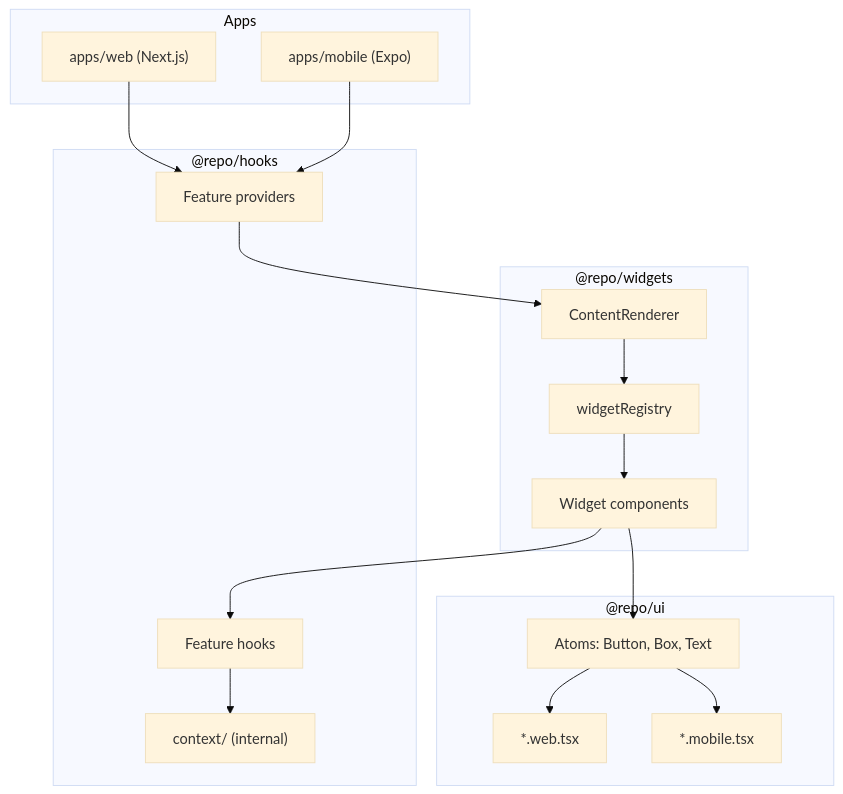
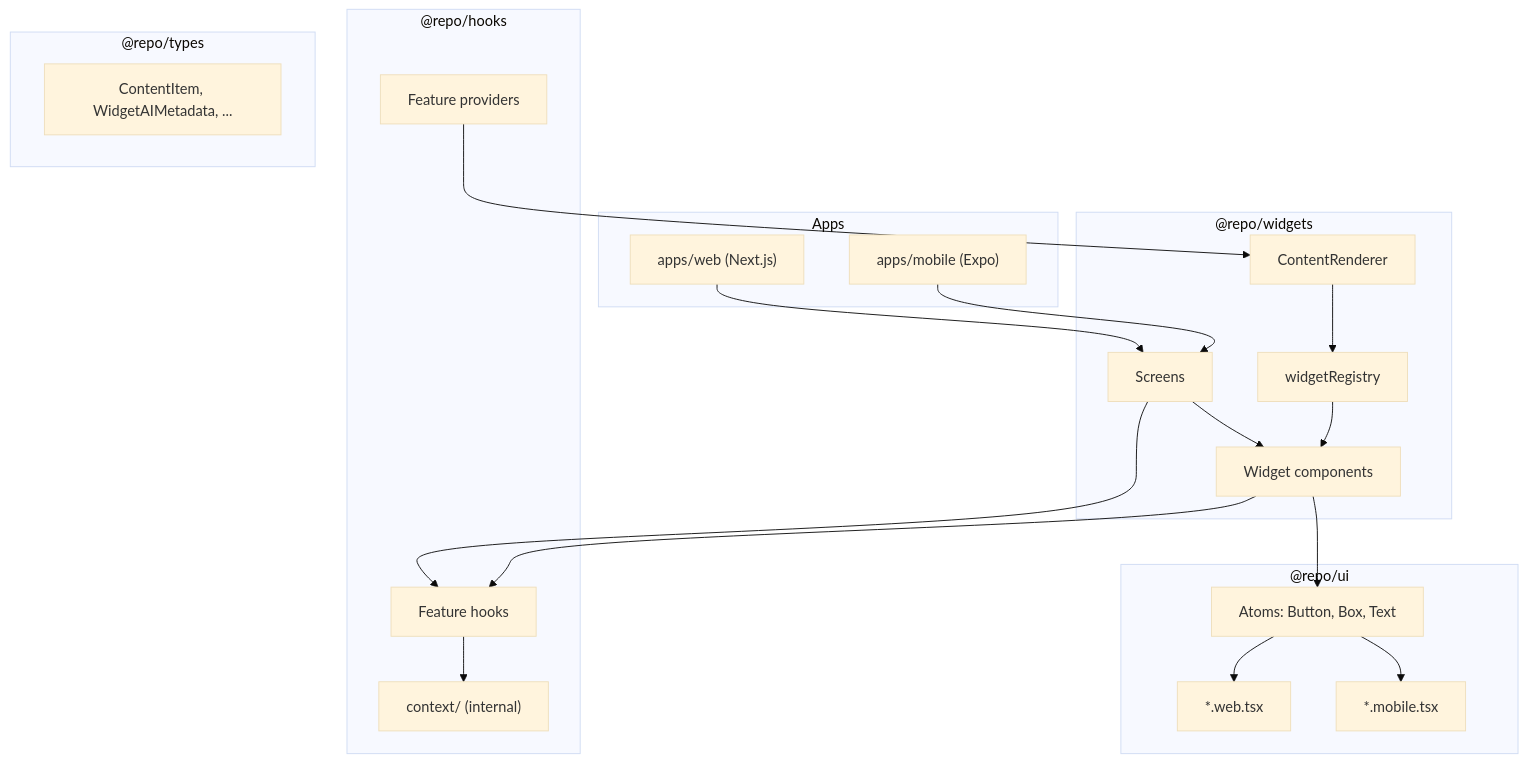
Before and after one commit to neetigyachahar/ghoomai: the first of 6 diagrams in packages/widgets/ARCHITECTURE.md, drawn with Mermaid (base theme). The commit also changed other lines of this file and 43 other files, not shown here.

````diff
--- a/packages/widgets/ARCHITECTURE.md
+++ b/packages/widgets/ARCHITECTURE.md
@@ -17,36 +18,43 @@
 ```mermaid
 flowchart TB
   subgraph apps [Apps]
     Web["apps/web (Next.js)"]
     Mobile["apps/mobile (Expo)"]
   end
 
   subgraph hooksPkg ["@repo/hooks"]
     Providers[Feature providers]
     FeatureHooks[Feature hooks]
     Context["context/ (internal)"]
   end
 
   subgraph widgetsPkg ["@repo/widgets"]
     Renderer[ContentRenderer]
     Registry[widgetRegistry]
     Widgets[Widget components]
+    Screens[Screens]
+  end
+
+  subgraph typesPkg ["@repo/types"]
+    Types[ContentItem, WidgetAIMetadata, ...]
   end
 
   subgraph uiPkg ["@repo/ui"]
     Atoms["Atoms: Button, Box, Text"]
     WebImpl["*.web.tsx"]
     MobileImpl["*.mobile.tsx"]
   end
 
-  Web --> Providers
-  Mobile --> Providers
+  Web --> Screens
+  Mobile --> Screens
+  Screens --> FeatureHooks
+  Screens --> Widgets
   Providers --> Renderer
   Renderer --> Registry
   Registry --> Widgets
   Widgets --> FeatureHooks
   Widgets --> Atoms
   FeatureHooks --> Context
   Atoms --> WebImpl
   Atoms --> MobileImpl
 ```
````
